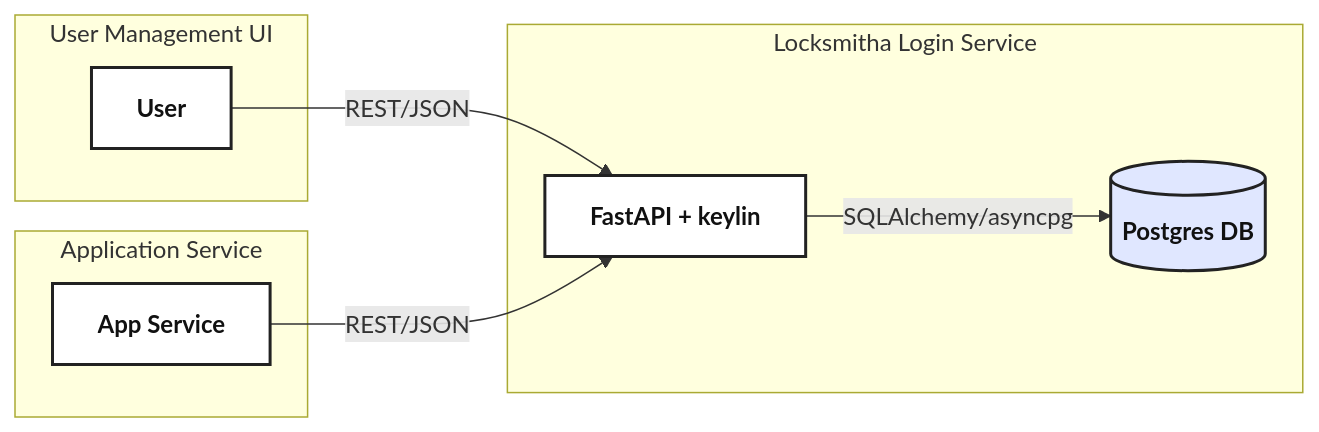
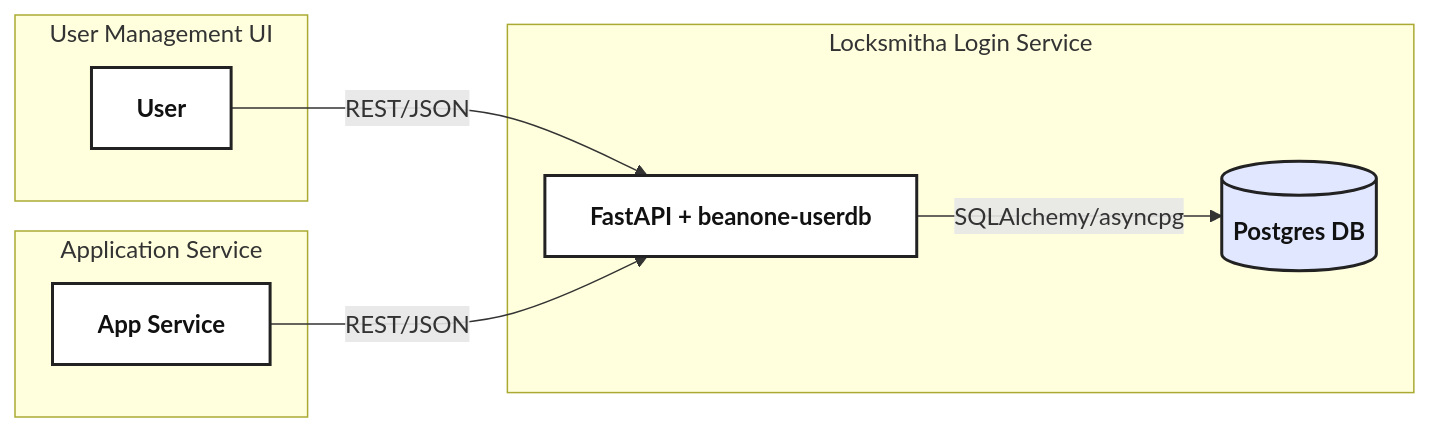
Before and after one commit to beanone/locksmitha: the diagram in README.md, drawn with Mermaid. The commit also changed other lines of this file and 20 other files, not shown here.

Commit message:
Removed apikey and renamed keylin to userdb

````diff
--- a/README.md
+++ b/README.md
@@ -51,27 +51,27 @@
 ```mermaid
 flowchart LR
     %% High-contrast, clear, and accessible
 
     subgraph UI["User Management UI"]
         U[User]
     end
 
     subgraph APP["Application Service"]
         AP[App Service]
     end
 
     subgraph LS["Locksmitha Login Service"]
-        A[FastAPI + keylin]
+        A[FastAPI + beanone-userdb]
         DB[(Postgres DB)]
     end
 
     U -- "REST/JSON" --> A
     AP -- "REST/JSON" --> A
     A -- "SQLAlchemy/asyncpg" --> DB
 
     %% Styling for maximum clarity
     classDef main fill:#fff,stroke:#222,stroke-width:2px,color:#111,font-weight:bold;
     classDef db fill:#e0e7ff,stroke:#222,stroke-width:2px,color:#111,font-weight:bold;
     class A,AP,U main;
     class DB db;
 ```
````
